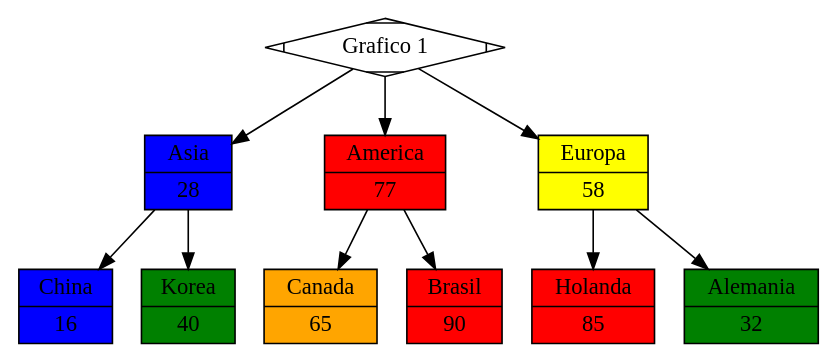
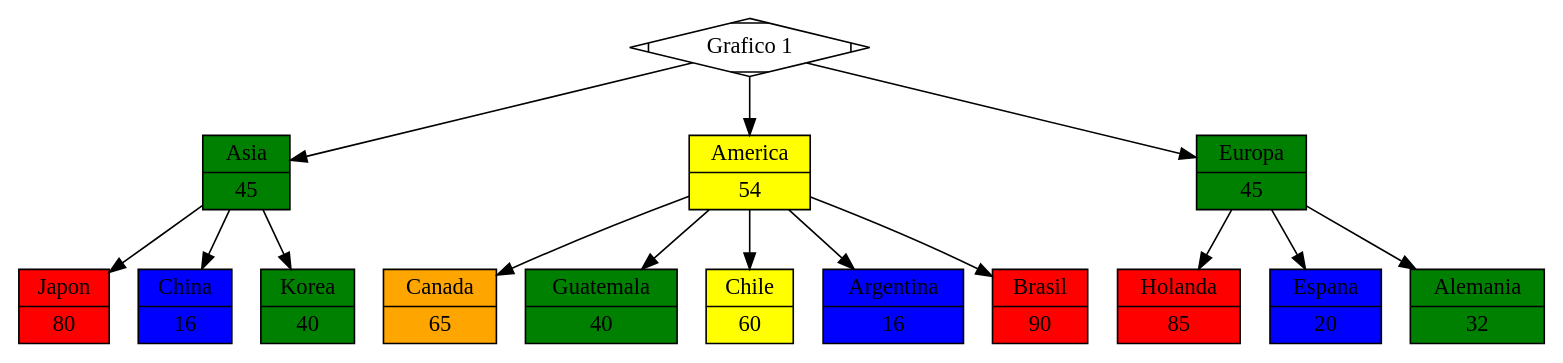
One commit to OmarLetona14/-LFP-Project1 changed the diagram in bin/Debug/Grafico.dot. Above: the diagram before and after it, drawn with Graphviz. The commit also changed 13 other files, not shown here.

```diff
--- a/bin/Debug/Grafico.dot
+++ b/bin/Debug/Grafico.dot
@@ -1,21 +1,31 @@
 digraph G {
 start[shape=Mdiamond label="Grafico 1"];
 start->Asia;
-Asia[shape=record label="{Asia|28}" style=filled fillcolor=blue];
+Asia[shape=record label="{Asia|45}" style=filled fillcolor=green];
+Asia->Japon;
+Japon[shape=record label="{Japon|80}" style=filled fillcolor=red];
 Asia->China;
 China[shape=record label="{China|16}" style=filled fillcolor=blue];
 Asia->Korea;
 Korea[shape=record label="{Korea|40}" style=filled fillcolor=green];
 start->America;
-America[shape=record label="{America|77}" style=filled fillcolor=red];
+America[shape=record label="{America|54}" style=filled fillcolor=yellow];
 America->Canada;
 Canada[shape=record label="{Canada|65}" style=filled fillcolor=orange];
+America->Guatemala;
+Guatemala[shape=record label="{Guatemala|40}" style=filled fillcolor=green];
+America->Chile;
+Chile[shape=record label="{Chile|60}" style=filled fillcolor=yellow];
+America->Argentina;
+Argentina[shape=record label="{Argentina|16}" style=filled fillcolor=blue];
 America->Brasil;
 Brasil[shape=record label="{Brasil|90}" style=filled fillcolor=red];
 start->Europa;
-Europa[shape=record label="{Europa|58}" style=filled fillcolor=yellow];
+Europa[shape=record label="{Europa|45}" style=filled fillcolor=green];
 Europa->Holanda;
 Holanda[shape=record label="{Holanda|85}" style=filled fillcolor=red];
+Europa->Espana;
+Espana[shape=record label="{Espana|20}" style=filled fillcolor=blue];
 Europa->Alemania;
 Alemania[shape=record label="{Alemania|32}" style=filled fillcolor=green];
 }
```
